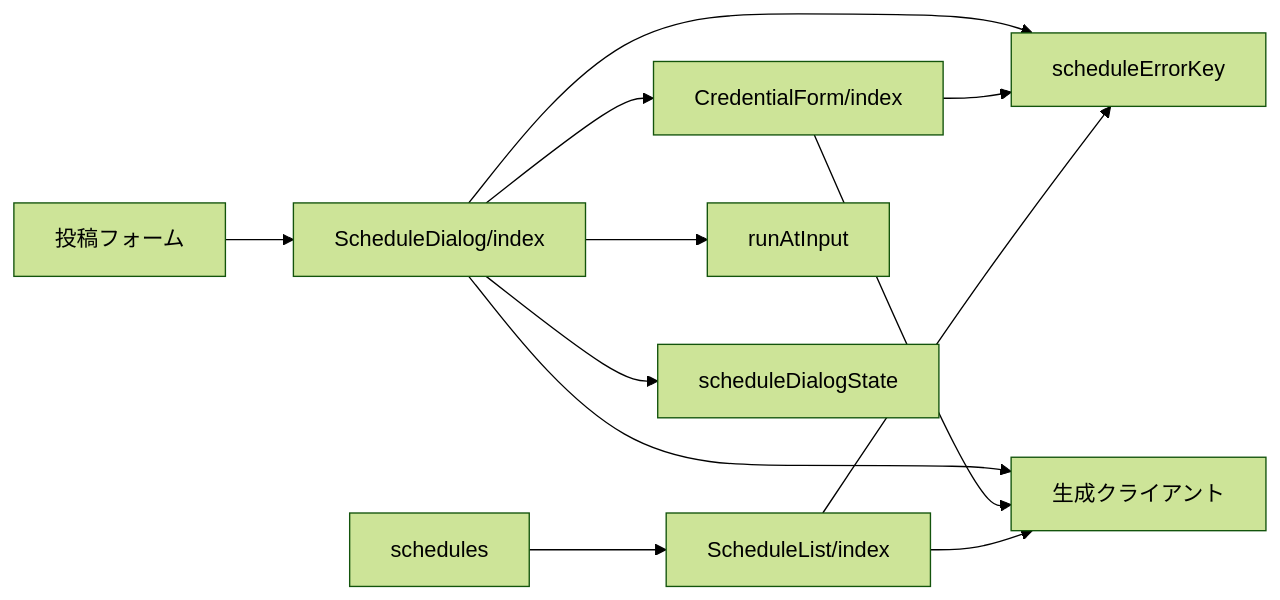
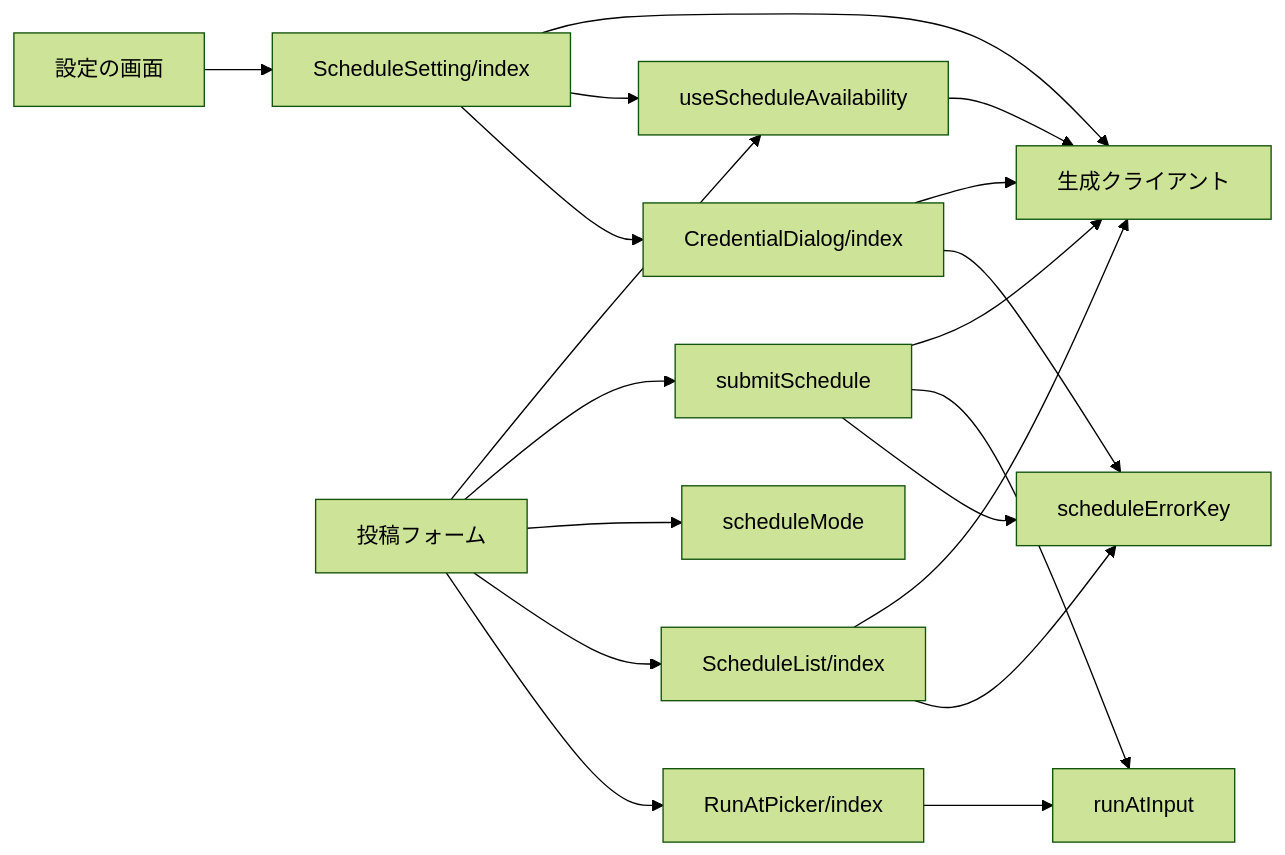
Before and after one commit to nekono-dev/skyshare: the first of 3 diagrams in specs/schedule-form/design.md, drawn with Mermaid (forest theme). The commit also changed other lines of this file and 23 other files, not shown here.

````diff
--- a/specs/schedule-form/design.md
+++ b/specs/schedule-form/design.md
@@ -19,14 +21,21 @@
 ```mermaid
 flowchart LR
-  schedules --> ScheduleList["ScheduleList/index"]
-  ScheduleDialog["ScheduleDialog/index"] --> CredentialForm["CredentialForm/index"]
-  ScheduleDialog --> runAtInput
-  ScheduleDialog --> scheduleDialogState
-  ScheduleDialog --> scheduleErrorKey
-  CredentialForm --> scheduleErrorKey
+  ext_settings["設定の画面"] --> ScheduleSetting["ScheduleSetting/index"]
+  ScheduleSetting --> CredentialDialog["CredentialDialog/index"]
+  ScheduleSetting --> useScheduleAvailability
+  ext_composer["投稿フォーム"] --> RunAtPicker["RunAtPicker/index"]
+  ext_composer --> ScheduleList["ScheduleList/index"]
+  ext_composer --> scheduleMode
+  ext_composer --> submitSchedule
+  ext_composer --> useScheduleAvailability
+  RunAtPicker --> runAtInput
   ScheduleList --> scheduleErrorKey
-  ScheduleDialog --> ext_client["生成クライアント"]
-  CredentialForm --> ext_client
+  CredentialDialog --> scheduleErrorKey
+  submitSchedule --> scheduleErrorKey
+  submitSchedule --> runAtInput
+  useScheduleAvailability --> ext_client["生成クライアント"]
+  submitSchedule --> ext_client
   ScheduleList --> ext_client
-  ext_composer["投稿フォーム"] --> ScheduleDialog
+  CredentialDialog --> ext_client
+  ScheduleSetting --> ext_client
 ```
````
